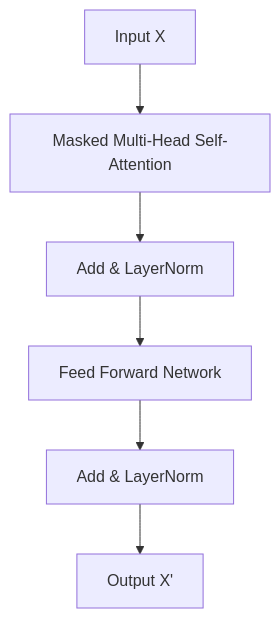
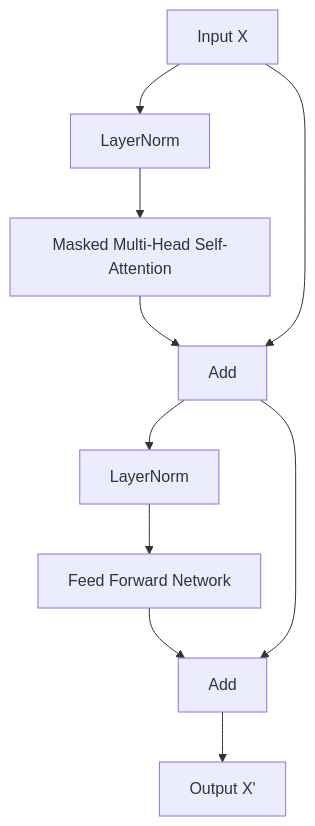
Before and after one commit to jwsung91/jwsung91.github.io: the second of 10 diagrams in src/content/blog/2026-07-02-llm-transformer와-self-attention-이해하기.md, drawn with Mermaid. The commit also changed other lines of this file and 35 other files, not shown here.

````diff
--- a/src/content/blog/2026-07-02-llm-transformer와-self-attention-이해하기.md
+++ b/src/content/blog/2026-07-02-llm-transformer와-self-attention-이해하기.md
@@ -71,8 +69,12 @@
 ```mermaid
 flowchart TD
-    A[Input X] --> B[Masked Multi-Head Self-Attention]
-    B --> C[Add & LayerNorm]
-    C --> D[Feed Forward Network]
-    D --> E[Add & LayerNorm]
-    E --> F[Output X']
+    A[Input X] --> B[LayerNorm]
+    B --> C[Masked Multi-Head Self-Attention]
+    C --> D[Add]
+    A --> D
+    D --> E[LayerNorm]
+    E --> F[Feed Forward Network]
+    F --> G[Add]
+    D --> G
+    G --> H[Output X']
 ```
````
